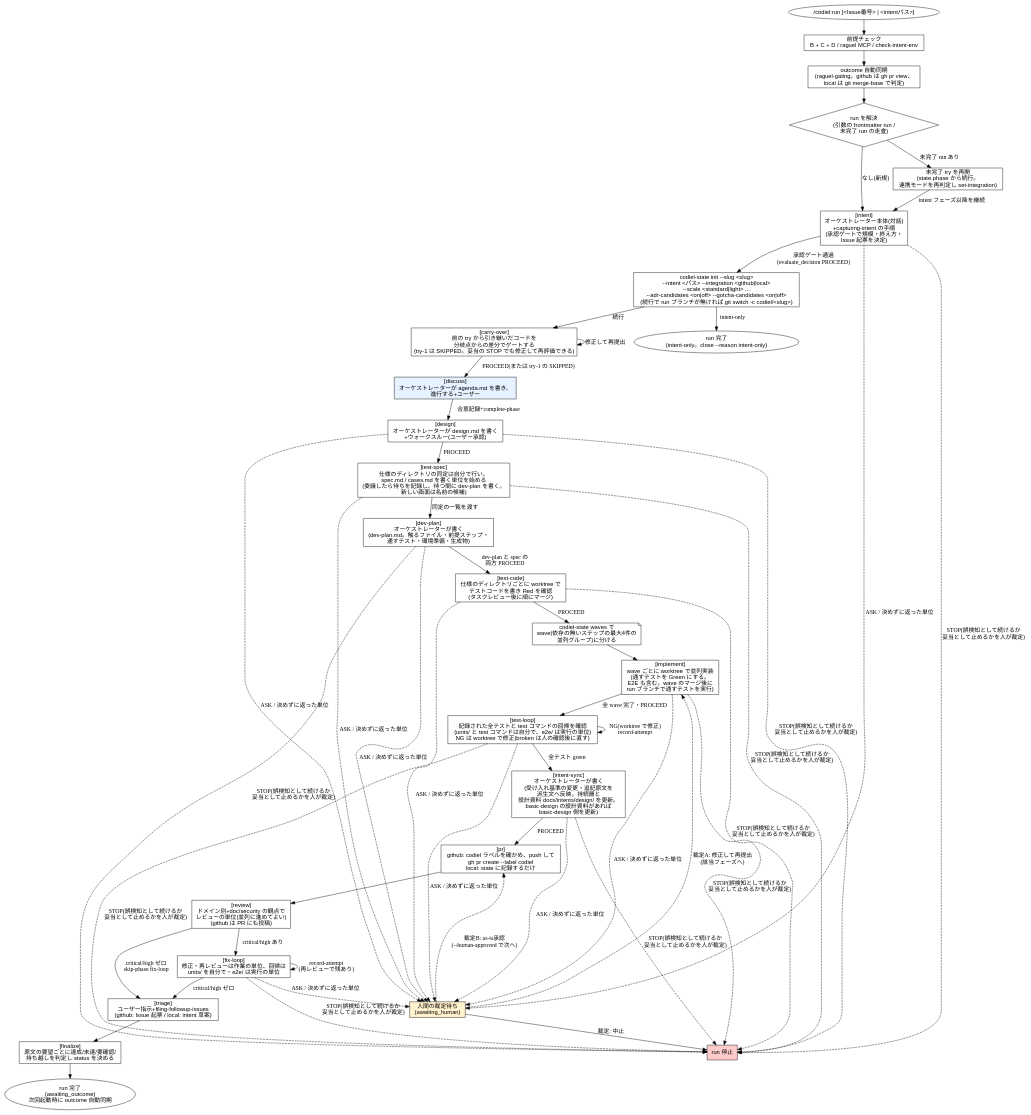
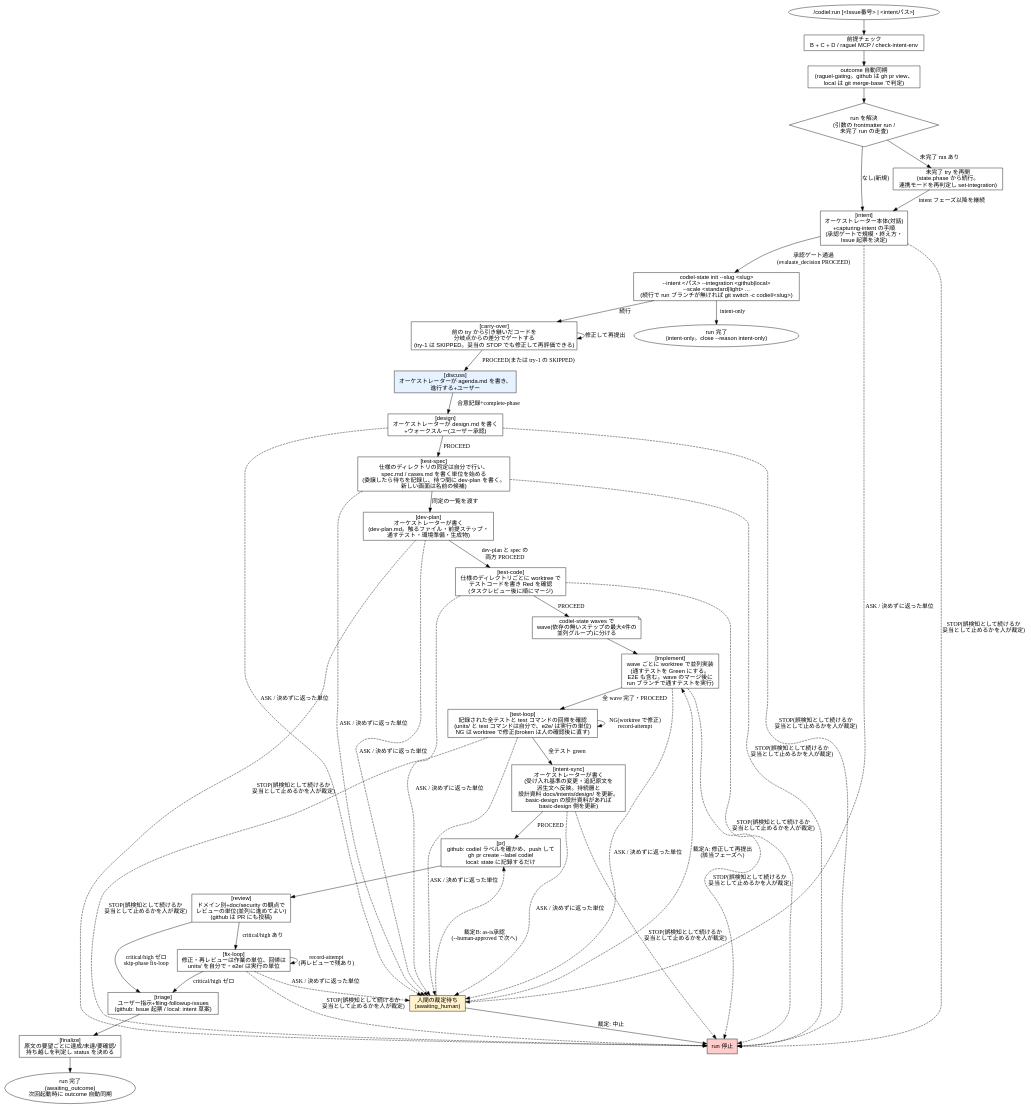
Before and after one commit to Amatsuka-kobo/amatsuka-claude-plugins: diagram 14 of 14 in plugins/codiel/docs/skill-flowcharts.md, drawn with Graphviz. The commit also changed 6 other files, not shown here.

````diff
--- a/plugins/codiel/docs/skill-flowcharts.md
+++ b/plugins/codiel/docs/skill-flowcharts.md
@@ -570,69 +570,69 @@
 ```dot
 digraph codiel_run {
   rankdir=TB;
   node [fontname="sans-serif"];
 
   start [label="/codiel:run [<Issue番号> | <intentパス>]", shape=ellipse];
   precheck [label="前提チェック\nB + C + D / raguel MCP / check-intent-env", shape=box];
   sync [label="outcome 自動同期\n(raguel-gating。github は gh pr view、\nlocal は git merge-base で判定)", shape=box];
   resolve [label="run を解決\n(引数の frontmatter run /\n未完了 run の走査)", shape=diamond];
   resume [label="未完了 try を再開\n(state.phase から続行。\n連携モードを再判定し set-integration)", shape=box];
 
   intent [label="[intent]\nオーケストレーター本体(対話)\n+capturing-intent の手順\n(承認ゲートで規模・終え方・\nIssue 起票を決定)", shape=box];
-  intent_init [label="codiel-state init --slug <slug>\n--intent <パス> --integration <github|local>\n--scale <standard|light> ...\n--adr-candidates <on|off> --gotcha-candidates <on|off>\n(続行で run ブランチが無ければ git switch -c codiel/<slug>)", shape=box];
+  intent_init [label="codiel-state init --slug <slug>\n--intent <パス> --integration <github|local>\n--scale <standard|light> ...\n(続行で run ブランチが無ければ git switch -c codiel/<slug>)", shape=box];
   carryover [label="[carry-over]\n前の try から引き継いだコードを\n分岐点からの差分でゲートする\n(try-1 は SKIPPED。妥当の STOP でも修正して再評価できる)", shape=box];
   discuss [label="[discuss]\nオーケストレーターが agenda.md を書き、\n進行する+ユーザー", shape=box, style=filled, fillcolor="#e6f2ff"];
   design [label="[design]\nオーケストレーターが design.md を書く\n+ウォークスルー(ユーザー承認)", shape=box];
   testspec [label="[test-spec]\n仕様のディレクトリの同定は自分で行い、\nspec.md / cases.md を書く単位を始める\n(委譲したら待ちを記録し、待つ間に dev-plan を書く。\n新しい画面は名前の候補)", shape=box];
   devplan [label="[dev-plan]\nオーケストレーターが書く\n(dev-plan.md。触るファイル・前提ステップ・\n通すテスト・環境準備・生成物)", shape=box];
   testcode [label="[test-code]\n仕様のディレクトリごとに worktree で\nテストコードを書き Red を確認\n(タスクレビュー後に順にマージ)", shape=box];
   waves [label="codiel-state waves で\nwave(依存の無いステップの最大4件の\n並列グループ)に分ける", shape=note];
   implement [label="[implement]\nwave ごとに worktree で並列実装\n(通すテストを Green にする。\nE2E も含む。wave のマージ後に\nrun ブランチで通すテストを実行)", shape=box];
   testloop [label="[test-loop]\n記録された全テストと test コマンドの回帰を確認\n(units/ と test コマンドは自分で、e2e/ は実行の単位)\nNG は worktree で修正(broken は人の確認後に直す)", shape=box];
   intentsync [label="[intent-sync]\nオーケストレーターが書く\n(受け入れ基準の変更・追記原文を\n派生文へ反映。持続層と\n設計資料 docs/intents/design/ を更新。\nbasic-design の設計資料があれば\nbasic-design 側を更新)", shape=box];
   pr [label="[pr]\ngithub: codiel ラベルを確かめ、push して\ngh pr create --label codiel\nlocal: state に記録するだけ", shape=box];
   review [label="[review]\nドメイン別+doc/security の観点で\nレビューの単位(並列に進めてよい)\n(github は PR にも投稿)", shape=box];
   fixloop [label="[fix-loop]\n修正・再レビューは作業の単位、回帰は\nunits/ を自分で・e2e/ は実行の単位", shape=box];
   triage [label="[triage]\nユーザー指示+filing-followup-issues\n(github: Issue 起票 / local: intent 草案)", shape=box];
   finalize [label="[finalize]\n原文の要望ごとに達成/未達/要確認/\n持ち越しを判定し status を決める", shape=box];
 
   human [label="人間の裁定待ち\n(awaiting_human)", shape=box, style=filled, fillcolor="#fff2cc"];
   stopped [label="run 停止", shape=box, style=filled, fillcolor="#ffcccc"];
   outcome [label="run 完了\n(awaiting_outcome)\n次回起動時に outcome 自動同期", shape=ellipse];
   intentonly [label="run 完了\n(intent-only。close --reason intent-only)", shape=ellipse];
 
   start -> precheck -> sync -> resolve;
   resolve -> resume [label="未完了 run あり"];
   resolve -> intent [label="なし(新規)"];
   resume -> intent [label="intent フェーズ以降を継続"];
 
   intent -> intent_init [label="承認ゲート通過\n(evaluate_decision PROCEED)"];
   intent_init -> carryover [label="続行"];
   intent_init -> intentonly [label="intent-only"];
   carryover -> discuss [label="PROCEED(または try-1 の SKIPPED)"];
   carryover -> carryover [label="修正して再提出"];
   discuss -> design [label="合意記録+complete-phase"];
   design -> testspec [label="PROCEED"];
   testspec -> devplan [label="同定の一覧を渡す"];
   devplan -> testcode [label="dev-plan と spec の\n両方 PROCEED"];
   testcode -> waves [label="PROCEED"];
   waves -> implement;
   implement -> testloop [label="全 wave 完了・PROCEED"];
   testloop -> testloop [label="NG(worktree で修正)\nrecord-attempt"];
   testloop -> intentsync [label="全テスト green"];
   intentsync -> pr [label="PROCEED"];
   pr -> review;
   review -> fixloop [label="critical/high あり"];
   review -> triage [label="critical/high ゼロ\nskip-phase fix-loop"];
   fixloop -> fixloop [label="record-attempt\n(再レビューで残あり)"];
   fixloop -> triage [label="critical/high ゼロ"];
   triage -> finalize;
   finalize -> outcome;
 
   { intent design testspec devplan testcode implement testloop intentsync fixloop } -> human [label="ASK / 決めずに返った単位", style=dashed];
   { intent design testspec devplan testcode implement testloop intentsync fixloop } -> stopped [label="STOP(誤検知として続けるか\n妥当として止めるかを人が裁定)", style=dashed];
   human -> stopped [label="裁定: 中止"];
   human -> implement [label="裁定A: 修正して再提出\n(該当フェーズへ)", style=dashed];
   human -> pr [label="裁定B: as-is承認\n(--human-approved で次へ)", style=dashed];
 }
 ```
````
